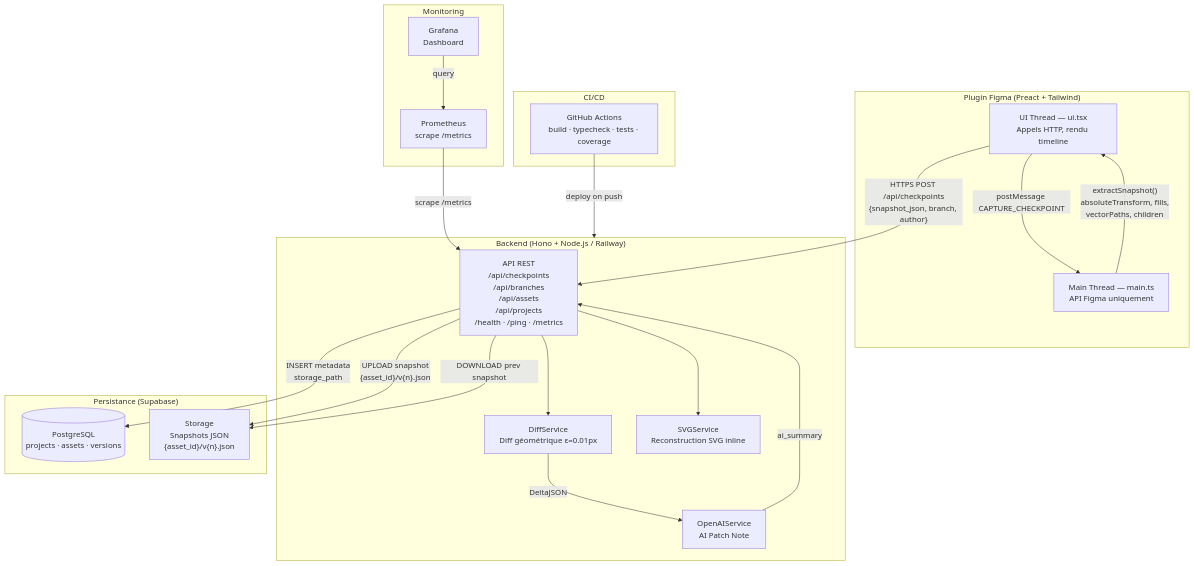
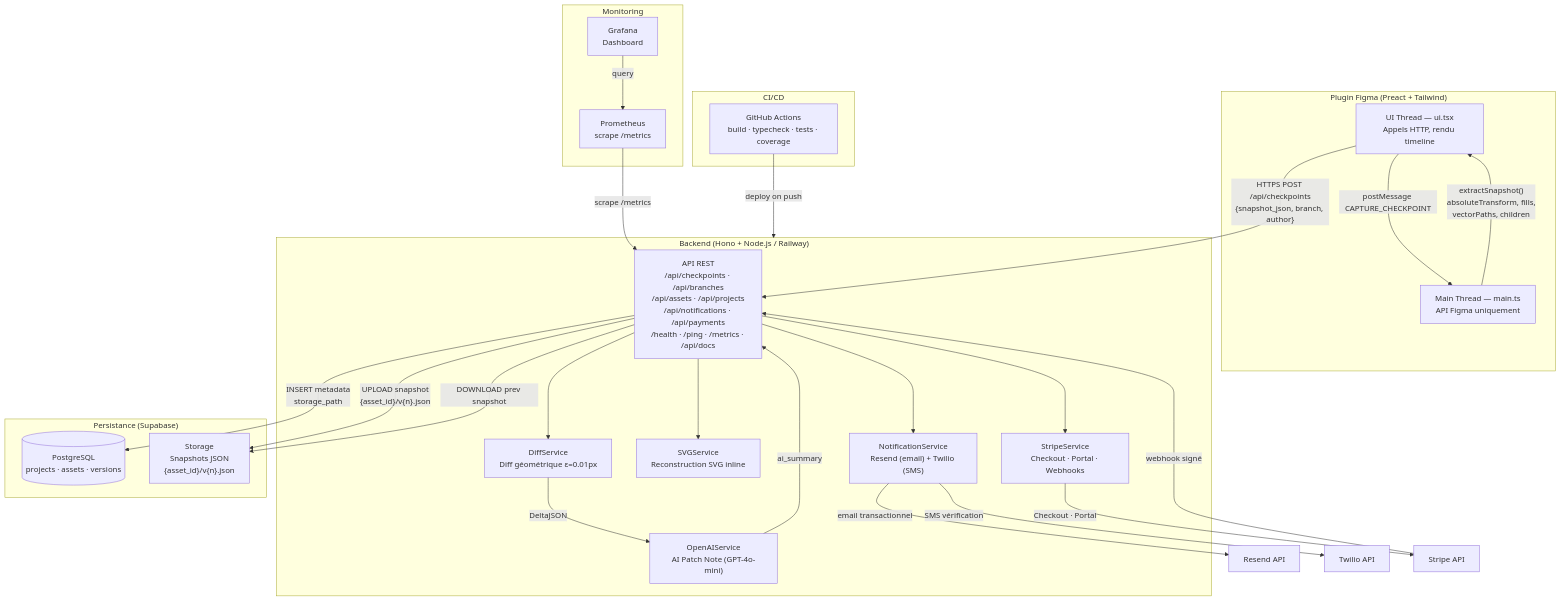
Before and after one commit to Hardi99/design-guardian: the first of 6 diagrams in docs/BC01/01-architecture.md, drawn with Mermaid. The commit also changed other lines of this file and 2 other files, not shown here.

Commit message:
docs: update CHANGELOG, recettes and architecture for notifications + payments
- CHANGELOG: add v1.3.0 (notifications + Apply to Figma fix) and v1.4.0 (Stripe payments)
- RECETTES: add REC-PAY-004/005/006 (Stripe plans, checkout, webhook) and REC-NOTIF-001/002/003
- Architecture diagram: add NotificationService (Resend+Twilio) and StripeService with full flow
- ER diagram: add stripe_customer_id, stripe_subscription_id, notify_email to projects table

````diff
--- a/docs/BC01/01-architecture.md
+++ b/docs/BC01/01-architecture.md
@@ -5,42 +5,50 @@
 ```mermaid
 graph TB
     subgraph Plugin["Plugin Figma (Preact + Tailwind)"]
         UI["UI Thread — ui.tsx\nAppels HTTP, rendu timeline"]
         Main["Main Thread — main.ts\nAPI Figma uniquement"]
     end
 
     subgraph Backend["Backend (Hono + Node.js / Railway)"]
-        API["API REST\n/api/checkpoints\n/api/branches\n/api/assets\n/api/projects\n/health · /ping · /metrics"]
+        API["API REST\n/api/checkpoints · /api/branches\n/api/assets · /api/projects\n/api/notifications · /api/payments\n/health · /ping · /metrics · /api/docs"]
         DiffSvc["DiffService\nDiff géométrique ε=0.01px"]
-        OpenAISvc["OpenAIService\nAI Patch Note"]
+        OpenAISvc["OpenAIService\nAI Patch Note (GPT-4o-mini)"]
         SVGSvc["SVGService\nReconstruction SVG inline"]
+        NotifSvc["NotificationService\nResend (email) + Twilio (SMS)"]
+        StripeSvc["StripeService\nCheckout · Portal · Webhooks"]
     end
 
     subgraph Data["Persistance (Supabase)"]
         DB[("PostgreSQL\nprojects · assets · versions")]
         Storage["Storage\nSnapshots JSON\n{asset_id}/v{n}.json"]
     end
 
     subgraph Monitoring["Monitoring"]
         Prometheus["Prometheus\nscrape /metrics"]
         Grafana["Grafana\nDashboard"]
     end
 
     subgraph CI["CI/CD"]
         GH["GitHub Actions\nbuild · typecheck · tests · coverage"]
     end
 
     Main -->|"extractSnapshot()\nabsoluteTransform, fills,\nvectorPaths, children"| UI
     UI -->|"postMessage CAPTURE_CHECKPOINT"| Main
     UI -->|"HTTPS POST /api/checkpoints\n{snapshot_json, branch, author}"| API
     API --> DiffSvc
     DiffSvc -->|"DeltaJSON"| OpenAISvc
     OpenAISvc -->|"ai_summary"| API
     API --> SVGSvc
+    API --> NotifSvc
+    API --> StripeSvc
+    NotifSvc -->|"email transactionnel"| Resend["Resend API"]
+    NotifSvc -->|"SMS vérification"| Twilio["Twilio API"]
+    StripeSvc -->|"Checkout · Portal"| StripeAPI["Stripe API"]
+    StripeAPI -->|"webhook signé"| API
     API -->|"INSERT metadata\nstorage_path"| DB
     API -->|"UPLOAD snapshot\n{asset_id}/v{n}.json"| Storage
     API -->|"DOWNLOAD prev snapshot"| Storage
     Prometheus -->|"scrape /metrics"| API
     Grafana -->|"query"| Prometheus
     GH -->|"deploy on push"| Backend
 ```
````
